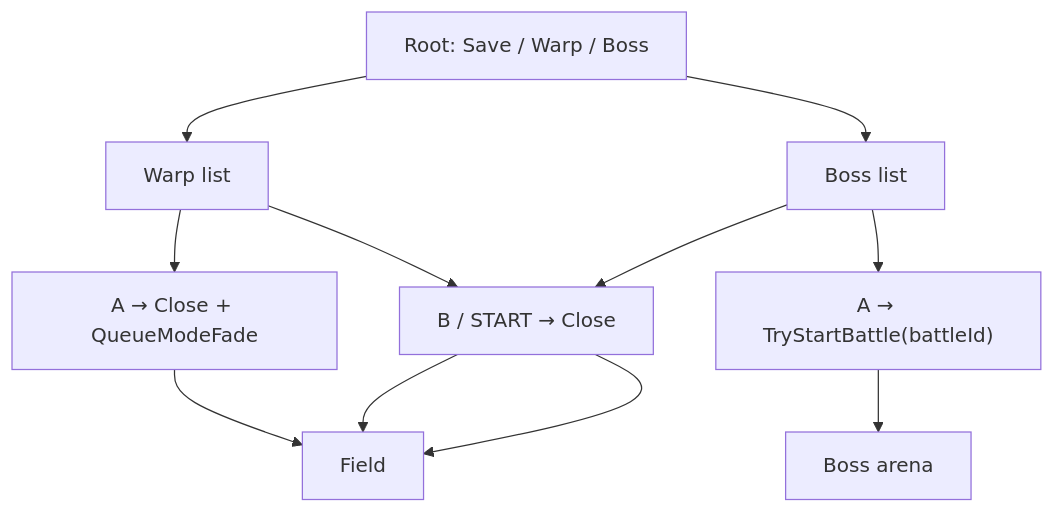
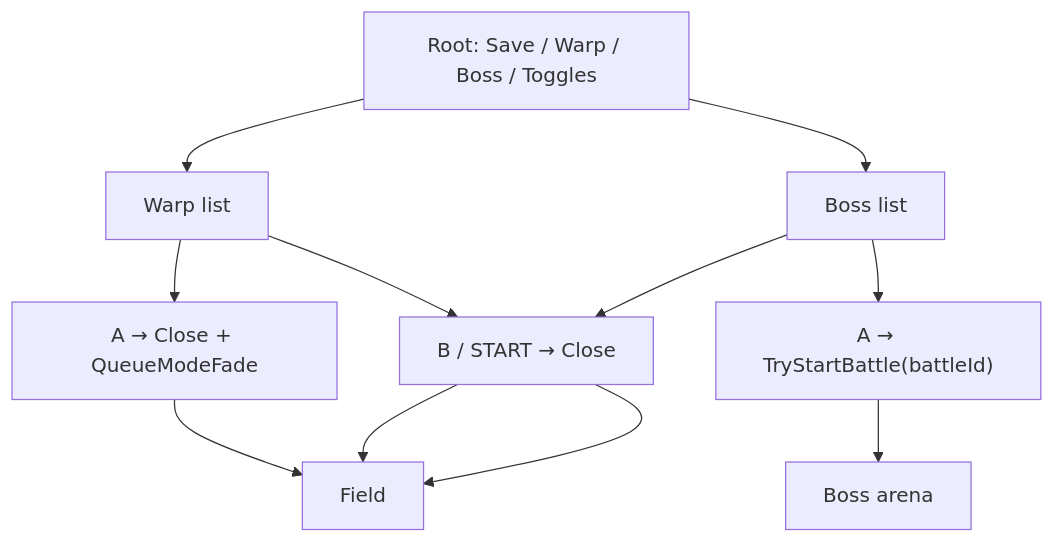
One commit to JesterWizard/sigma_star_saga changed the diagram in documentation/debug-menu.md. Above: the diagram before and after it, drawn with Mermaid. The commit also changed other lines of this file and 18 other files, not shown here.

````diff
--- a/documentation/debug-menu.md
+++ b/documentation/debug-menu.md
@@ -41,16 +47,16 @@
 ```mermaid
 flowchart TD
-  root["Root: Save / Warp / Boss"]
+  root["Root: Save / Warp / Boss / Toggles"]
   warp["Warp list"]
   boss["Boss list"]
   goWarp["A → Close + QueueModeFade"]
   goBoss["A → TryStartBattle(battleId)"]
   close["B / START → Close"]
   field["Field"]
   root --> warp
   root --> boss
   warp --> goWarp --> field
   boss --> goBoss --> fight["Boss arena"]
   warp --> close --> field
   boss --> close --> field
 ```
````
